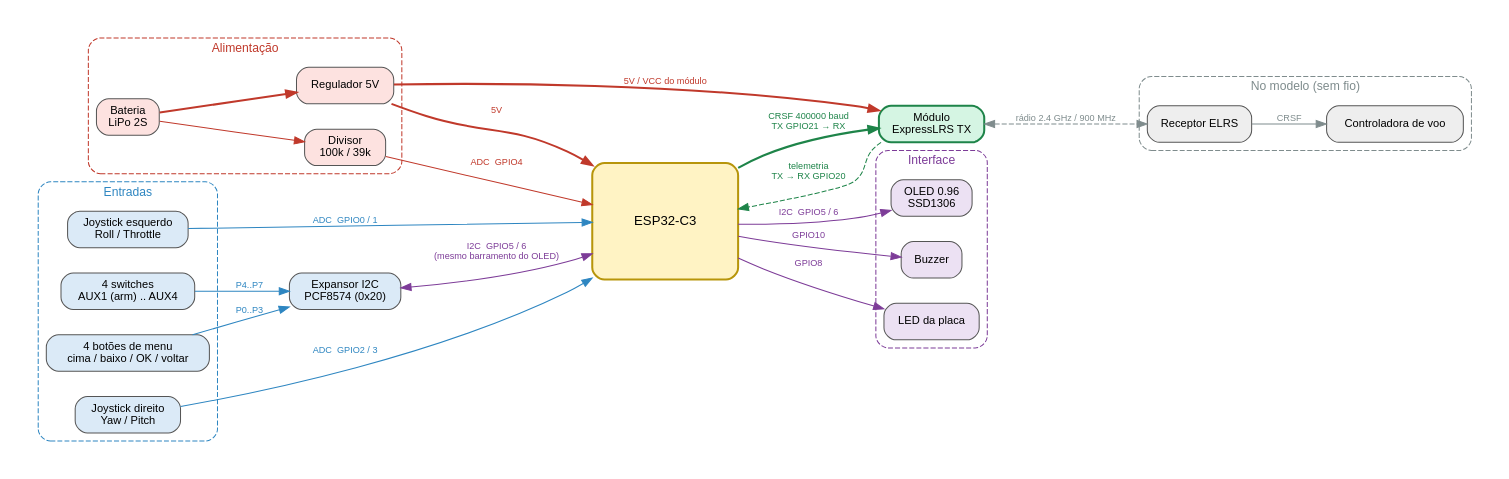
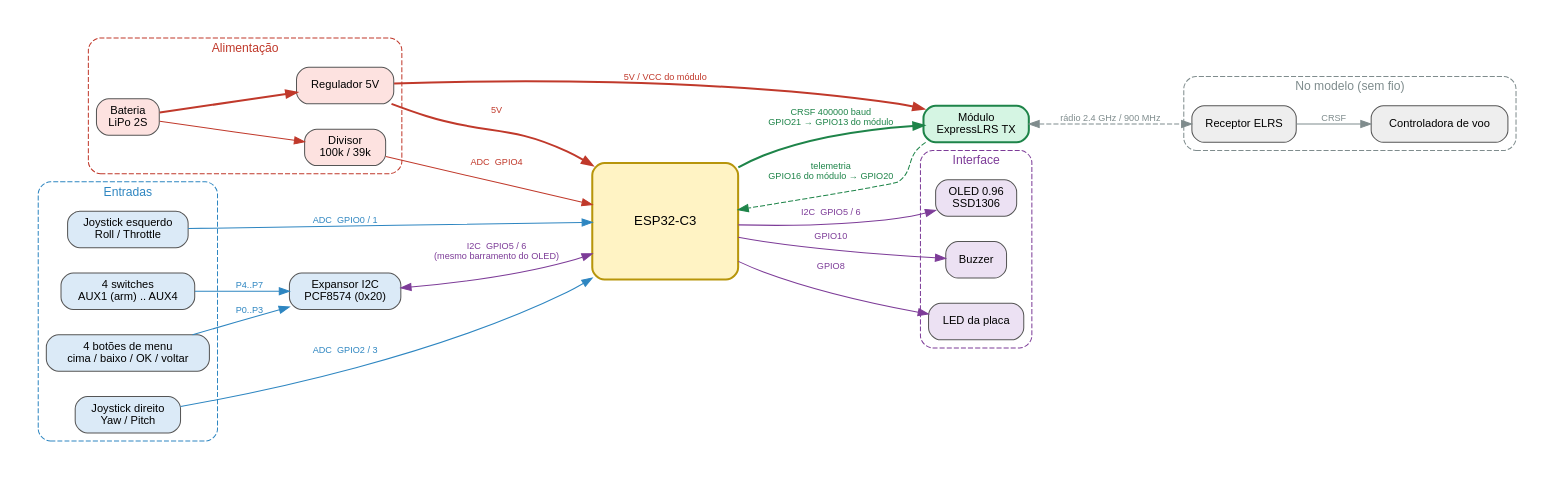
Before and after one commit to edilsoncorrea/ELRSTx: the diagram in docs/wiring/blocks-esp32c3.dot, drawn with Graphviz. The commit also changed 30 other files, not shown here.

```diff
--- a/docs/wiring/blocks-esp32c3.dot
+++ b/docs/wiring/blocks-esp32c3.dot
@@ -1,68 +1,68 @@
 // Diagrama de blocos ELRSTx (ESP32-C3 + PCF8574). Gerar: dot -Tsvg blocks-esp32c3.dot -o blocks-esp32c3.svg
 digraph ELRSTx {
     rankdir=LR;
     graph [fontname="Helvetica", fontsize=12, nodesep=0.35, ranksep=0.7, bgcolor="white", pad=0.3];
     node  [fontname="Helvetica", fontsize=11, shape=box, style="rounded,filled", fillcolor="#f2f2f2", color="#555555", margin="0.15,0.08"];
     edge  [fontname="Helvetica", fontsize=9, color="#333333"];
 
     subgraph cluster_power {
         label="Alimentação"; style="rounded,dashed"; color="#c0392b"; fontcolor="#c0392b";
         bat [label="Bateria\nLiPo 2S", fillcolor="#fde2e0"];
         reg [label="Regulador 5V", fillcolor="#fde2e0"];
         div [label="Divisor\n100k / 39k", fillcolor="#fde2e0"];
     }
 
     subgraph cluster_inputs {
         label="Entradas"; style="rounded,dashed"; color="#2e86c1"; fontcolor="#2e86c1";
         joyL [label="Joystick esquerdo\nRoll / Throttle", fillcolor="#dbeaf7"];
         joyR [label="Joystick direito\nYaw / Pitch", fillcolor="#dbeaf7"];
         btn  [label="4 botões de menu\ncima / baixo / OK / voltar", fillcolor="#dbeaf7"];
         sw   [label="4 switches\nAUX1 (arm) .. AUX4", fillcolor="#dbeaf7"];
     }
 
     esp [label="ESP32-C3", fillcolor="#fff3c4", color="#b7950b", penwidth=2, fontsize=13, height=1.6, width=2];
 
     subgraph cluster_outputs {
         label="Interface"; style="rounded,dashed"; color="#7d3c98"; fontcolor="#7d3c98";
         oled [label="OLED 0.96\nSSD1306", fillcolor="#ece1f3"];
         buz  [label="Buzzer", fillcolor="#ece1f3"];
         led  [label="LED da placa", fillcolor="#ece1f3"];
     }
 
     elrs [label="Módulo\nExpressLRS TX", fillcolor="#d5f5e3", color="#1e8449", penwidth=2];
 
     subgraph cluster_model {
         label="No modelo (sem fio)"; style="rounded,dashed"; color="#7f8c8d"; fontcolor="#7f8c8d";
         rx [label="Receptor ELRS", fillcolor="#eeeeee"];
         fc [label="Controladora de voo", fillcolor="#eeeeee"];
     }
 
     // alimentação
     bat -> reg  [color="#c0392b", penwidth=2];
     reg -> esp  [label="5V", color="#c0392b", fontcolor="#c0392b", penwidth=2];
     reg -> elrs [label="5V / VCC do módulo", color="#c0392b", fontcolor="#c0392b", penwidth=2];
     bat -> div  [color="#c0392b"];
     div -> esp  [label="ADC  GPIO4", color="#c0392b", fontcolor="#c0392b"];
 
     // entradas
     joyL -> esp [label="ADC  GPIO0 / 1", color="#2e86c1", fontcolor="#2e86c1"];
     joyR -> esp [label="ADC  GPIO2 / 3", color="#2e86c1", fontcolor="#2e86c1"];
 
     pcf [label="Expansor I2C
 PCF8574 (0x20)", fillcolor="#dbeaf7"];
     btn -> pcf [label="P0..P3", color="#2e86c1", fontcolor="#2e86c1"];
     sw  -> pcf [label="P4..P7", color="#2e86c1", fontcolor="#2e86c1"];
     pcf -> esp [label="I2C  GPIO5 / 6
 (mesmo barramento do OLED)", color="#7d3c98", fontcolor="#7d3c98", dir=both];
 
     // link
-    esp -> elrs [label="CRSF 400000 baud\nTX GPIO21 → RX", color="#1e8449", fontcolor="#1e8449", penwidth=2];
-    elrs -> esp [label="telemetria\nTX → RX GPIO20", color="#1e8449", fontcolor="#1e8449", style=dashed];
+    esp -> elrs [label="CRSF 400000 baud\nGPIO21 → GPIO13 do módulo", color="#1e8449", fontcolor="#1e8449", penwidth=2];
+    elrs -> esp [label="telemetria\nGPIO16 do módulo → GPIO20", color="#1e8449", fontcolor="#1e8449", style=dashed];
     elrs -> rx  [label="rádio 2.4 GHz / 900 MHz", dir=both, style=dashed, color="#7f8c8d", fontcolor="#7f8c8d"];
     rx -> fc    [label="CRSF", color="#7f8c8d", fontcolor="#7f8c8d"];
     // interface
     esp -> oled [label="I2C  GPIO5 / 6", color="#7d3c98", fontcolor="#7d3c98"];
     esp -> buz  [label="GPIO10", color="#7d3c98", fontcolor="#7d3c98"];
     esp -> led  [label="GPIO8", color="#7d3c98", fontcolor="#7d3c98"];
 
 }
```
